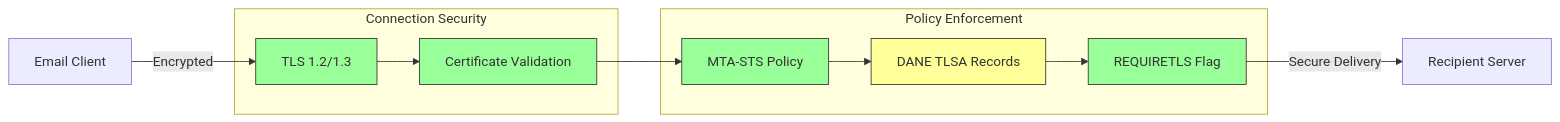
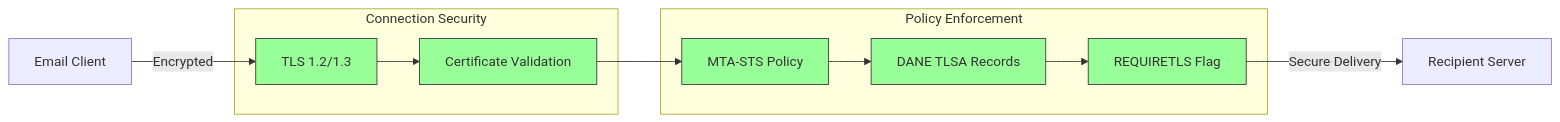
One commit to forwardemail/forwardemail.net changed the sixth of 16 diagrams in app/views/docs/email-protocols-rfc-compliance-imap-smtp-pop3-comparison/index-pl.md. Above: the diagram before and after it, drawn with Mermaid. The commit also changed other lines of this file and 24 other files, not shown here.

````diff
--- a/app/views/docs/email-protocols-rfc-compliance-imap-smtp-pop3-comparison/index-pl.md
+++ b/app/views/docs/email-protocols-rfc-compliance-imap-smtp-pop3-comparison/index-pl.md
@@ -777,26 +781,26 @@
 ```mermaid
 graph LR
     subgraph "Connection Security"
         TLS[TLS 1.2/1.3]
         CERT[Certificate Validation]
     end
 
     subgraph "Policy Enforcement"
         MTASTS[MTA-STS Policy]
         DANE[DANE TLSA Records]
         REQTLS[REQUIRETLS Flag]
     end
 
     Client[Email Client] -->|Encrypted| TLS
     TLS --> CERT
     CERT --> MTASTS
     MTASTS --> DANE
     DANE --> REQTLS
     REQTLS -->|Secure Delivery| Server[Recipient Server]
 
     style TLS fill:#9f9,stroke:#333
     style CERT fill:#9f9,stroke:#333
     style MTASTS fill:#9f9,stroke:#333
-    style DANE fill:#ff9,stroke:#333
+    style DANE fill:#9f9,stroke:#333
     style REQTLS fill:#9f9,stroke:#333
 ```
````
